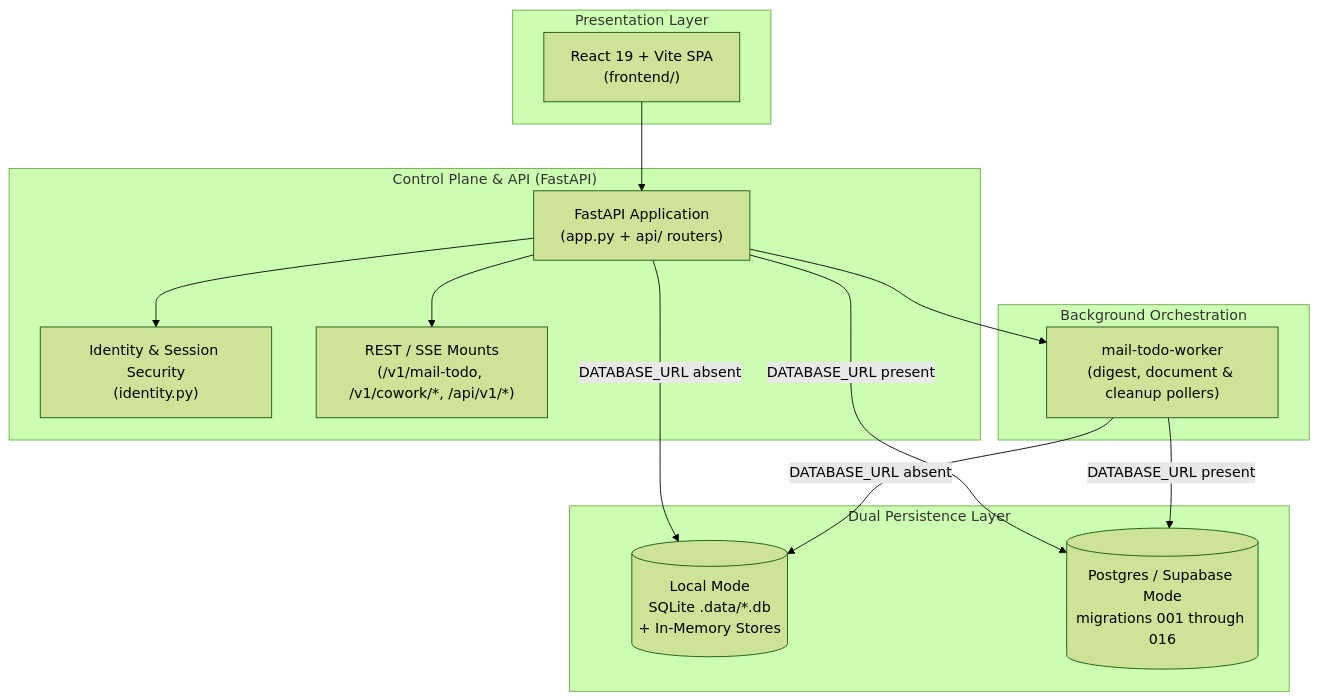
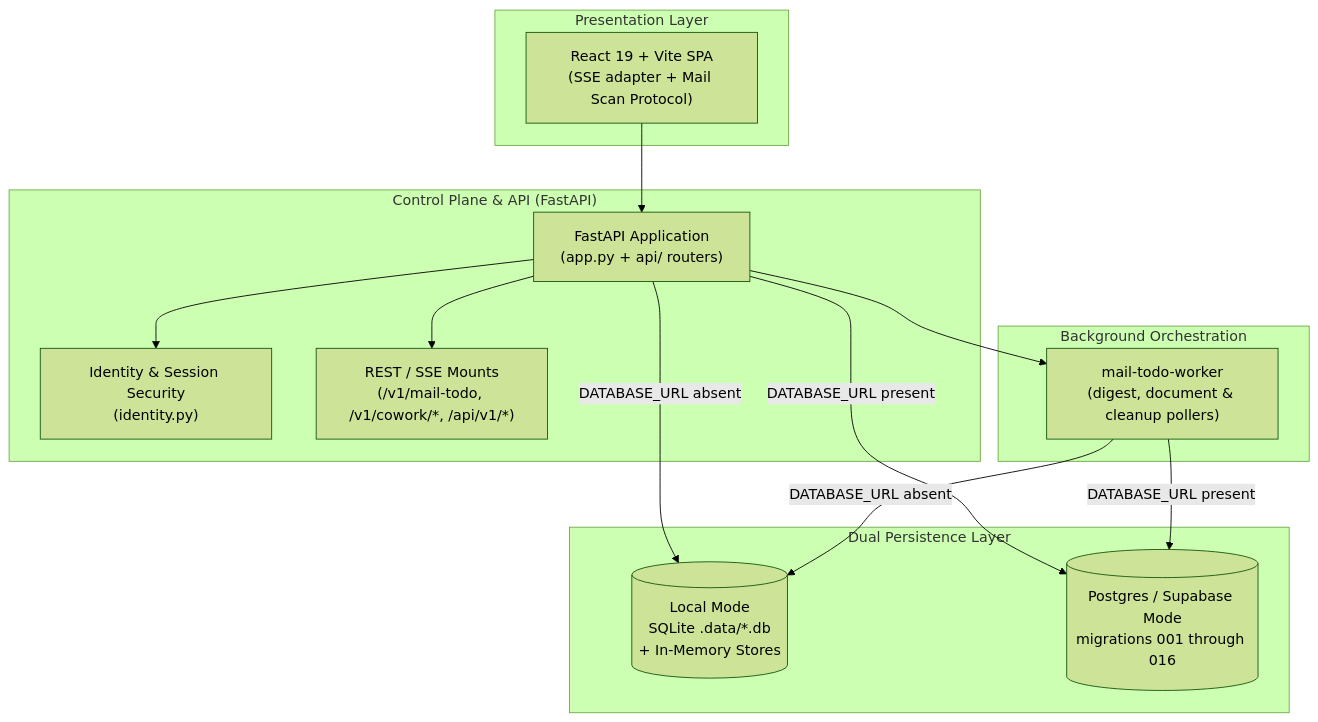
The diagram in docs/architectures/current-architectures/03-control-plane-persistence-and-uis.md (MathematicGuy/EMAIL-AGENT-v1), drawn with Mermaid (forest theme) before and after one commit. The commit also changed other lines of this file and 7 other files, not shown here.

Commit message:
refactor(ui): extract mail scan polling protocol

````diff
--- a/docs/architectures/current-architectures/03-control-plane-persistence-and-uis.md
+++ b/docs/architectures/current-architectures/03-control-plane-persistence-and-uis.md
@@ -15,31 +15,31 @@
 ```mermaid
 flowchart TB
     subgraph PRESENTATION["Presentation Layer"]
-        REACT["React 19 + Vite SPA<br/>(frontend/)"]
+        REACT["React 19 + Vite SPA<br/>(SSE adapter + Mail Scan Protocol)"]
     end
 
     subgraph CONTROL["Control Plane & API (FastAPI)"]
         APP["FastAPI Application<br/>(app.py + api/ routers)"]
         AUTH["Identity & Session Security<br/>(identity.py)"]
         ROUTES["REST / SSE Mounts<br/>(/v1/mail-todo, /v1/cowork/*, /api/v1/*)"]
     end
 
     subgraph WORKERS["Background Orchestration"]
         WORKER["mail-todo-worker<br/>(digest, document & cleanup pollers)"]
     end
 
     subgraph PERSISTENCE["Dual Persistence Layer"]
         LOCAL[("Local Mode<br/>SQLite .data/*.db<br/>+ In-Memory Stores")]
         PG[("Postgres / Supabase Mode<br/>migrations 001 through 016")]
     end
 
     REACT --> APP
     APP --> AUTH
     APP --> ROUTES
     APP --> WORKER
 
     APP -->|DATABASE_URL absent| LOCAL
     APP -->|DATABASE_URL present| PG
     WORKER -->|DATABASE_URL present| PG
     WORKER -->|DATABASE_URL absent| LOCAL
 ```
````
